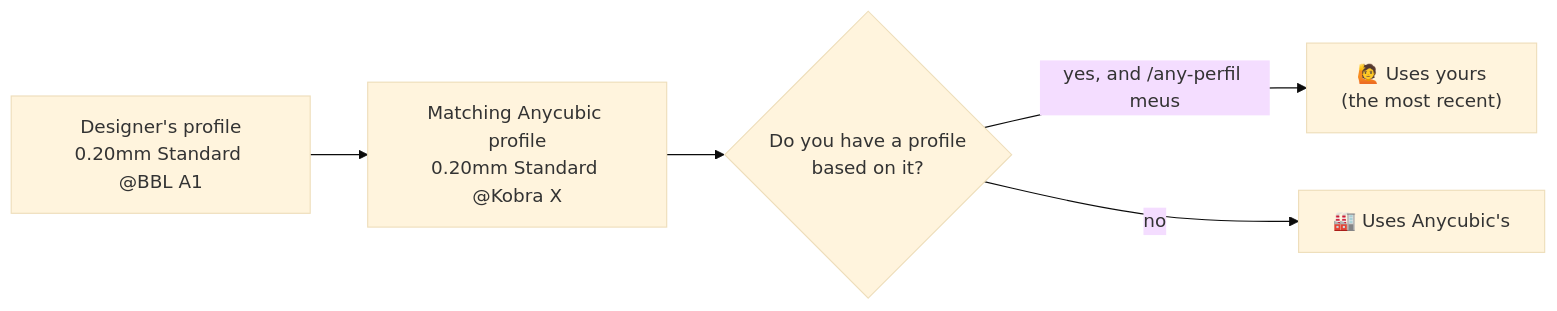
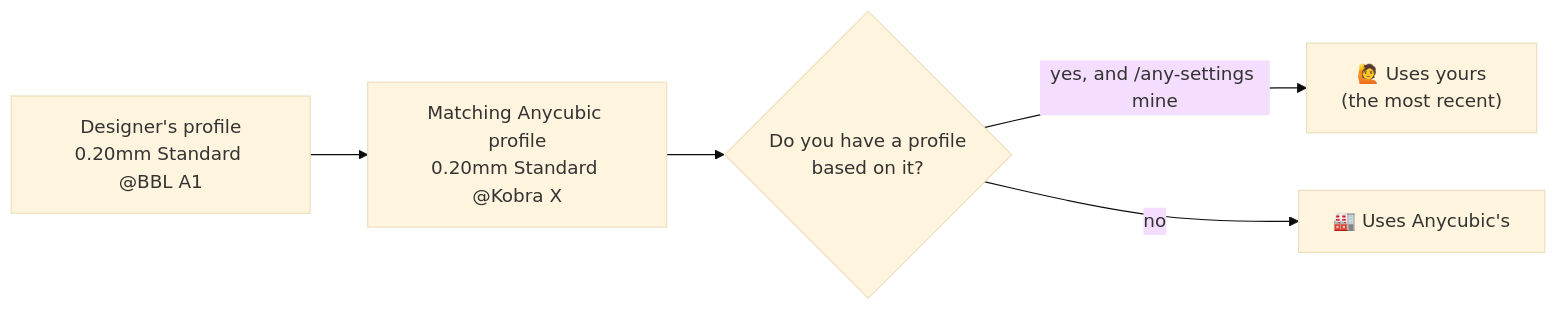
One commit to GodFaizT/makerworld-to-any changed the first of 2 diagrams in README.md. Above: the diagram before and after it, drawn with Mermaid (base theme). The commit also changed other lines of this file and 33 other files, not shown here.

````diff
--- a/README.md
+++ b/README.md
@@ -405,7 +405,7 @@
 ```mermaid
 flowchart LR
     A["Designer's profile<br/>0.20mm Standard @BBL A1"] --> B["Matching Anycubic profile<br/>0.20mm Standard @Kobra X"]
     B --> C{"Do you have a profile<br/>based on it?"}
-    C -- "yes, and /any-perfil meus" --> D["🙋 Uses yours<br/>(the most recent)"]
+    C -- "yes, and /any-settings mine" --> D["🙋 Uses yours<br/>(the most recent)"]
     C -- "no" --> E["🏭 Uses Anycubic's"]
 ```
````
